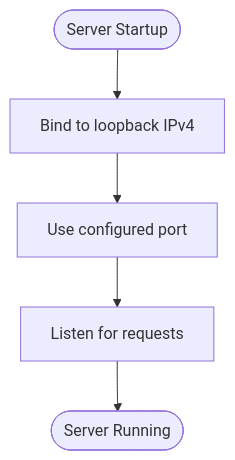
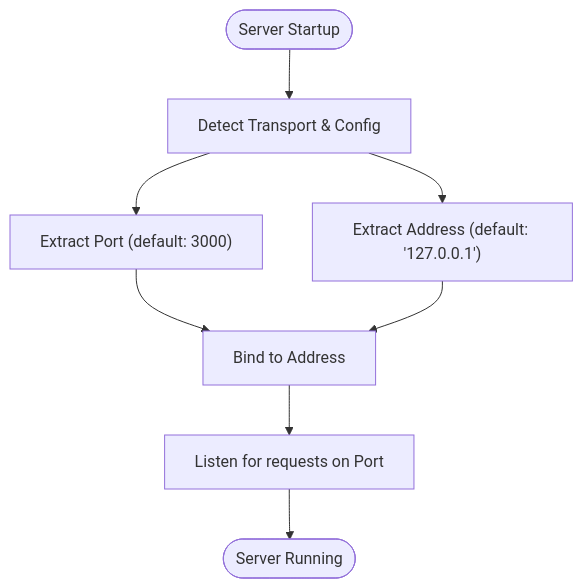
One commit to cdavis-code/easy_mcp_workspace changed the sixth of 11 diagrams in .qoder/repowiki/en/content/Transport Implementations/HTTP Transport.md. Above: the diagram before and after it, drawn with Mermaid. The commit also changed other lines of this file and 14 other files, not shown here.

````diff
--- a/.qoder/repowiki/en/content/Transport Implementations/HTTP Transport.md
+++ b/.qoder/repowiki/en/content/Transport Implementations/HTTP Transport.md
@@ -197,7 +247,10 @@
 ```mermaid
 flowchart TD
-Start(["Server Startup"]) --> Bind["Bind to loopback IPv4"]
-Bind --> Port["Use configured port"]
-Port --> Listen["Listen for requests"]
+Start(["Server Startup"]) --> Detect["Detect Transport & Config"]
+Detect --> Port["Extract Port (default: 3000)"]
+Detect --> Address["Extract Address (default: '127.0.0.1')"]
+Port --> Bind["Bind to Address"]
+Address --> Bind
+Bind --> Listen["Listen for requests on Port"]
 Listen --> Done(["Server Running"])
 ```
````
